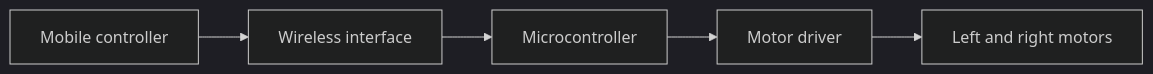
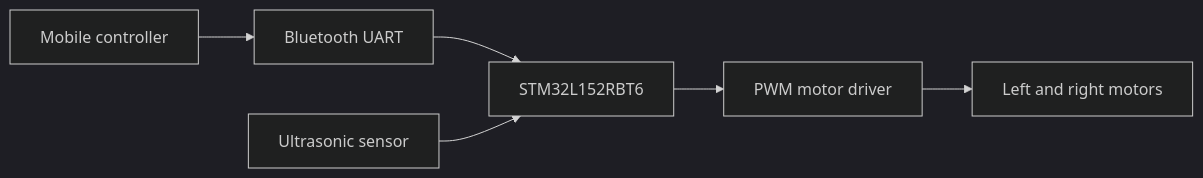
Before and after one commit to adelrioj01/microcontroller-car: the diagram in README.md, drawn with Mermaid (dark theme). The commit also changed other lines of this file and 82 other files, not shown here.

````diff
--- a/README.md
+++ b/README.md
@@ -25,7 +28,8 @@
 ```mermaid
 flowchart LR
-    A[Mobile controller] --> B[Wireless interface]
-    B --> C[Microcontroller]
-    C --> D[Motor driver]
+    A[Mobile controller] --> B[Bluetooth UART]
+    B --> C[STM32L152RBT6]
+    F[Ultrasonic sensor] --> C
+    C --> D[PWM motor driver]
     D --> E[Left and right motors]
 ```
````
